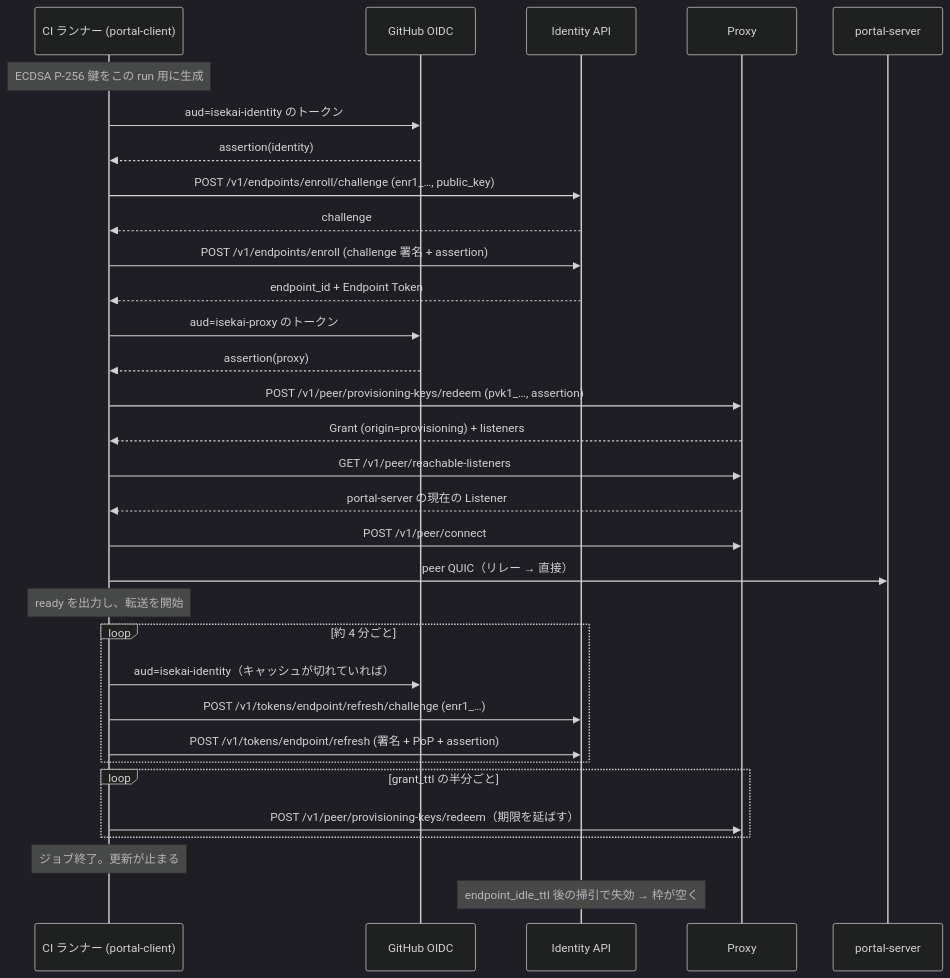
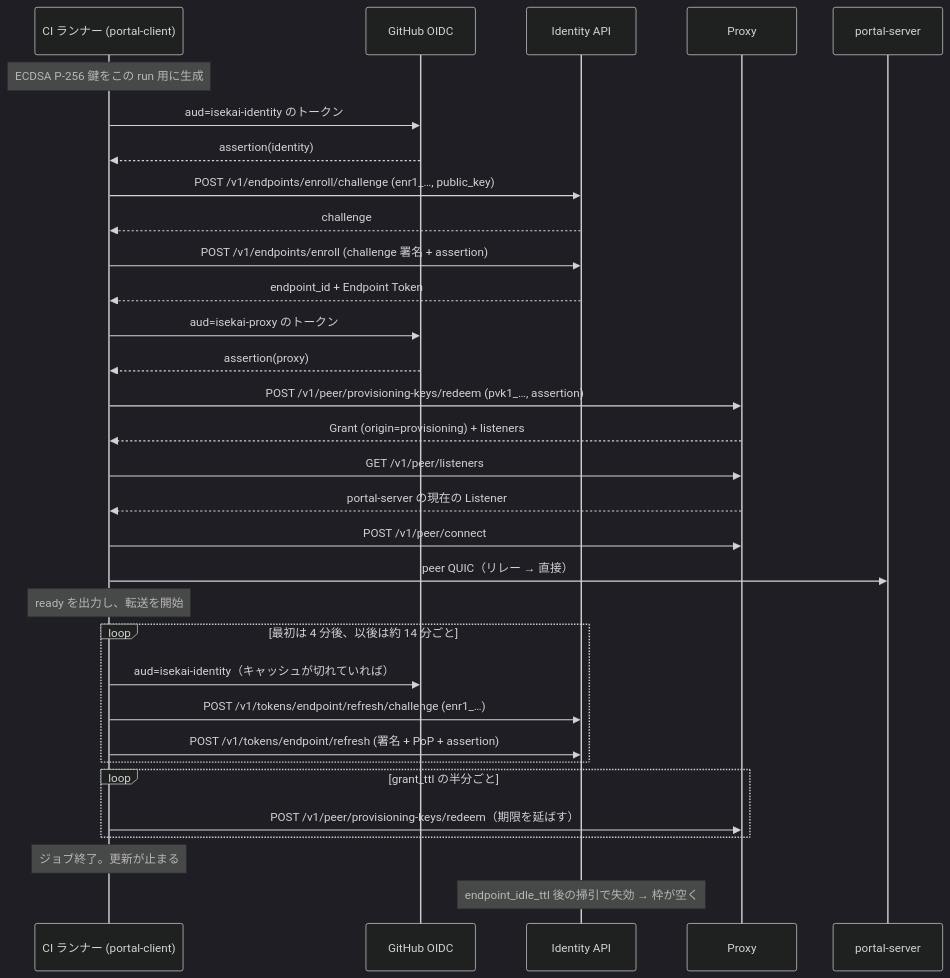
Before and after one commit to seera-networks/ISEKAI-link: the diagram in docs/portal_ci_enrollment_plan.md, drawn with Mermaid (dark theme). The commit also changed other lines of this file, not shown here.

````diff
--- a/docs/portal_ci_enrollment_plan.md
+++ b/docs/portal_ci_enrollment_plan.md
@@ -490,37 +555,37 @@
 ```mermaid
 sequenceDiagram
     participant CI as CI ランナー (portal-client)
     participant OIDC as GitHub OIDC
     participant Id as Identity API
     participant Px as Proxy
     participant Srv as portal-server
 
     Note over CI: ECDSA P-256 鍵をこの run 用に生成
     CI->>OIDC: aud=isekai-identity のトークン
     OIDC-->>CI: assertion(identity)
     CI->>Id: POST /v1/endpoints/enroll/challenge (enr1_…, public_key)
     Id-->>CI: challenge
     CI->>Id: POST /v1/endpoints/enroll (challenge 署名 + assertion)
     Id-->>CI: endpoint_id + Endpoint Token
     CI->>OIDC: aud=isekai-proxy のトークン
     OIDC-->>CI: assertion(proxy)
     CI->>Px: POST /v1/peer/provisioning-keys/redeem (pvk1_…, assertion)
     Px-->>CI: Grant (origin=provisioning) + listeners
-    CI->>Px: GET /v1/peer/reachable-listeners
+    CI->>Px: GET /v1/peer/listeners
     Px-->>CI: portal-server の現在の Listener
     CI->>Px: POST /v1/peer/connect
     CI->>Srv: peer QUIC（リレー → 直接）
     Note over CI: ready を出力し、転送を開始
 
-    loop 約 4 分ごと
+    loop 最初は 4 分後、以後は約 14 分ごと
         CI->>OIDC: aud=isekai-identity（キャッシュが切れていれば）
         CI->>Id: POST /v1/tokens/endpoint/refresh/challenge (enr1_…)
         CI->>Id: POST /v1/tokens/endpoint/refresh (署名 + PoP + assertion)
     end
     loop grant_ttl の半分ごと
         CI->>Px: POST /v1/peer/provisioning-keys/redeem（期限を延ばす）
     end
 
     Note over CI: ジョブ終了。更新が止まる
     Note over Id: endpoint_idle_ttl 後の掃引で失効 → 枠が空く
 ```
````
